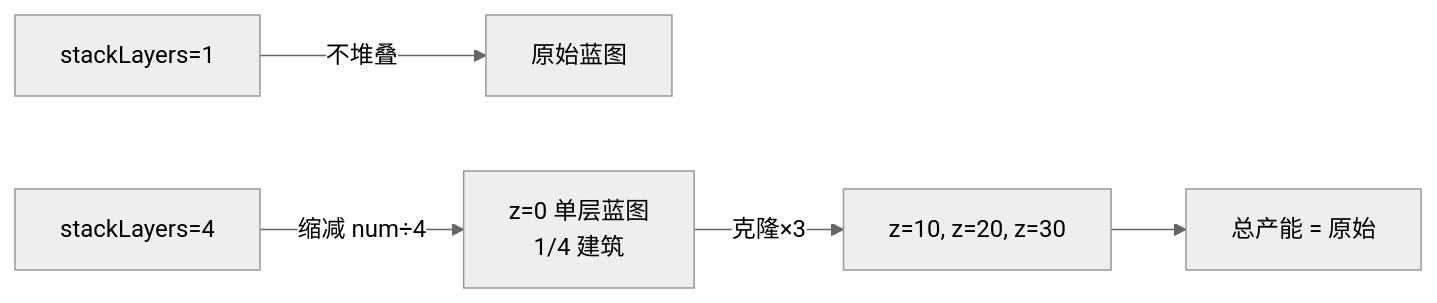
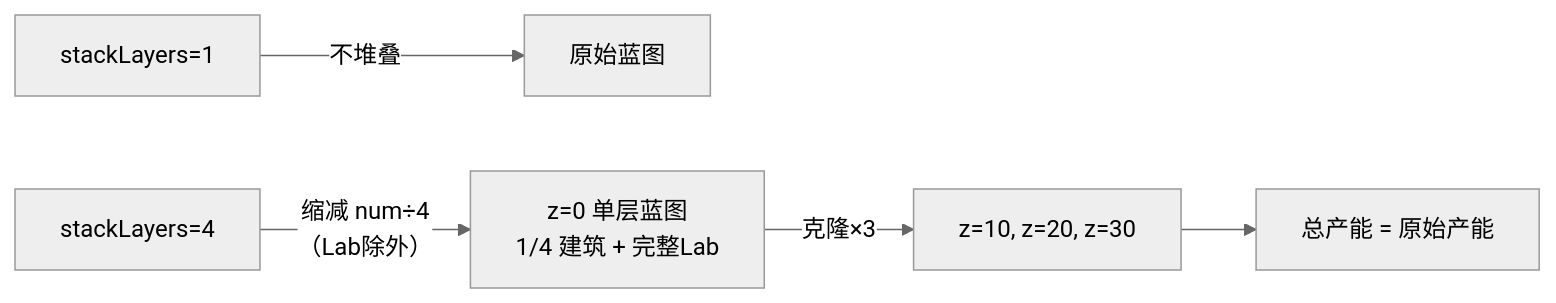
Before and after one commit to 793383996/DSQ: the first of 7 diagrams in Scripts/localDocs/堆叠模块说明.md, drawn with Mermaid (neutral theme). The commit also changed other lines of this file and 7 other files, not shown here.

First line of the commit message:
feat: 实现蓝图堆叠模块(方案A)和完整文档

````diff
--- a/Scripts/localDocs/堆叠模块说明.md
+++ b/Scripts/localDocs/堆叠模块说明.md
@@ -31,7 +31,7 @@
 ```mermaid
 graph LR
     A["stackLayers=1"] -->|不堆叠| B["原始蓝图"]
-    A2["stackLayers=4"] -->|缩减 num÷4| C["z=0 单层蓝图<br/>1/4 建筑"]
+    A2["stackLayers=4"] -->|缩减 num÷4<br/>（Lab除外）| C["z=0 单层蓝图<br/>1/4 建筑 + 完整Lab"]
     C -->|克隆×3| D["z=10, z=20, z=30"]
-    D --> E["总产能 = 原始"]
+    D --> E["总产能 = 原始产能"]
 ```
````
